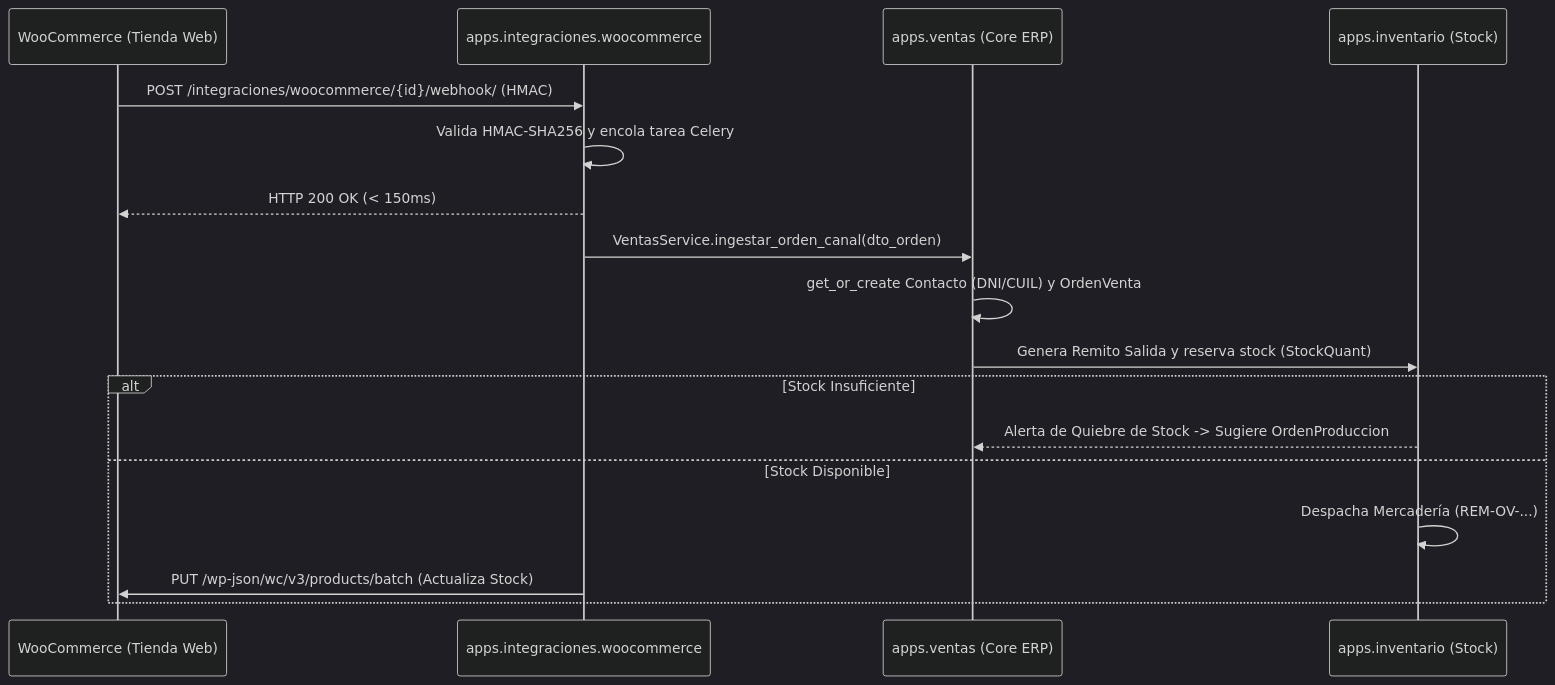
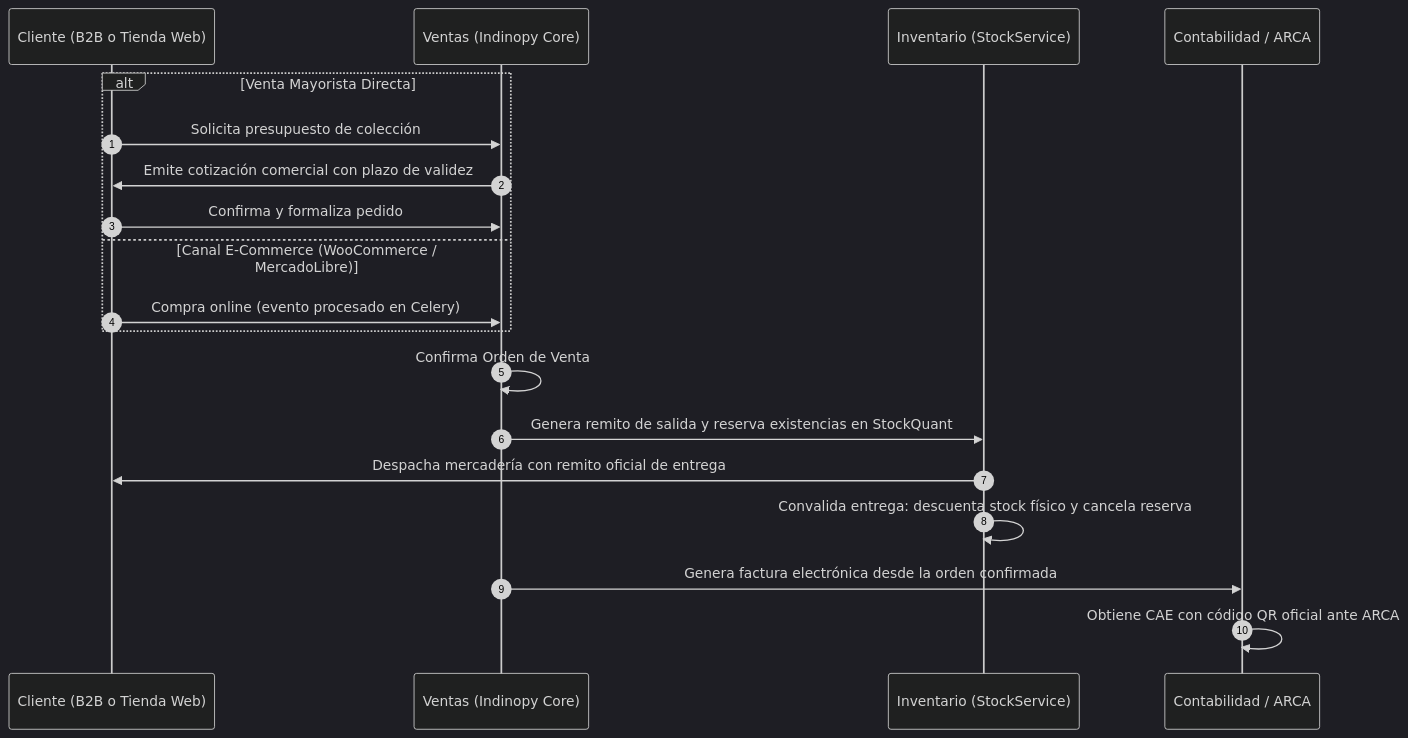
Before and after one commit to sarthouse/indinopy: the third of 6 diagrams in docs/md/arquitectura_funcional.md, drawn with Mermaid (dark theme). The commit also changed other lines of this file and 7 other files, not shown here.

````diff
--- a/docs/md/arquitectura_funcional.md
+++ b/docs/md/arquitectura_funcional.md
@@ -248,21 +180,24 @@
 ```mermaid
 sequenceDiagram
-    participant W as WooCommerce (Tienda Web)
-    participant I_WC as apps.integraciones.woocommerce
-    participant V as apps.ventas (Core ERP)
-    participant Inv as apps.inventario (Stock)
+    autonumber
+    participant CL as Cliente (B2B o Tienda Web)
+    participant V as Ventas (Indinopy Core)
+    participant I as Inventario (StockService)
+    participant K as Contabilidad / ARCA
+
+    alt Venta Mayorista Directa
+        CL->>V: Solicita presupuesto de colección
+        V->>CL: Emite cotización comercial con plazo de validez
+        CL->>V: Confirma y formaliza pedido
+    else Canal E-Commerce (WooCommerce / MercadoLibre)
+        CL->>V: Compra online (evento procesado en Celery)
+    end
+
+    V->>V: Confirma Orden de Venta
+    V->>I: Genera remito de salida y reserva existencias en StockQuant
+    I->>CL: Despacha mercadería con remito oficial de entrega
+    I->>I: Convalida entrega: descuenta stock físico y cancela reserva
     
-    W->>I_WC: POST /integraciones/woocommerce/{id}/webhook/ (HMAC)
-    I_WC->>I_WC: Valida HMAC-SHA256 y encola tarea Celery
-    I_WC-->>W: HTTP 200 OK (< 150ms)
-    I_WC->>V: VentasService.ingestar_orden_canal(dto_orden)
-    V->>V: get_or_create Contacto (DNI/CUIL) y OrdenVenta
-    V->>Inv: Genera Remito Salida y reserva stock (StockQuant)
-    
-    alt Stock Insuficiente
-        Inv-->>V: Alerta de Quiebre de Stock -> Sugiere OrdenProduccion
-    else Stock Disponible
-        Inv->>Inv: Despacha Mercadería (REM-OV-...)
-        I_WC->>W: PUT /wp-json/wc/v3/products/batch (Actualiza Stock)
-    end
+    V->>K: Genera factura electrónica desde la orden confirmada
+    K->>K: Obtiene CAE con código QR oficial ante ARCA
 ```
````
